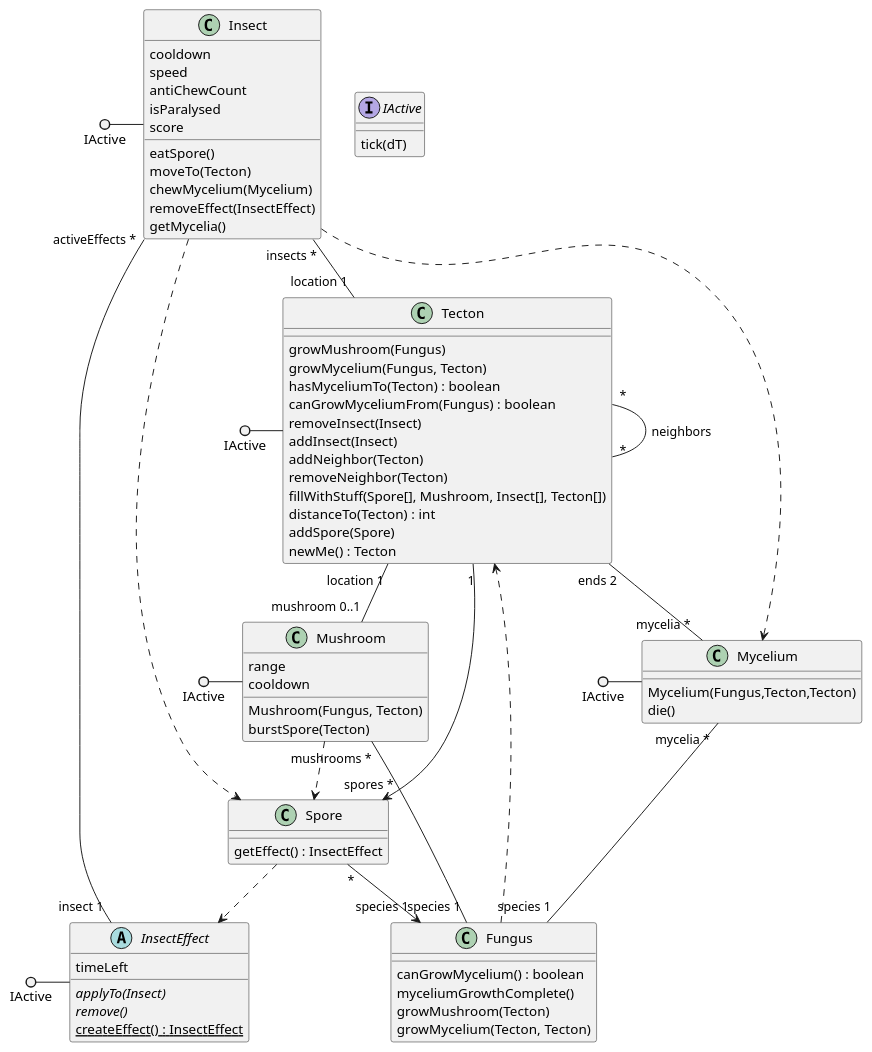
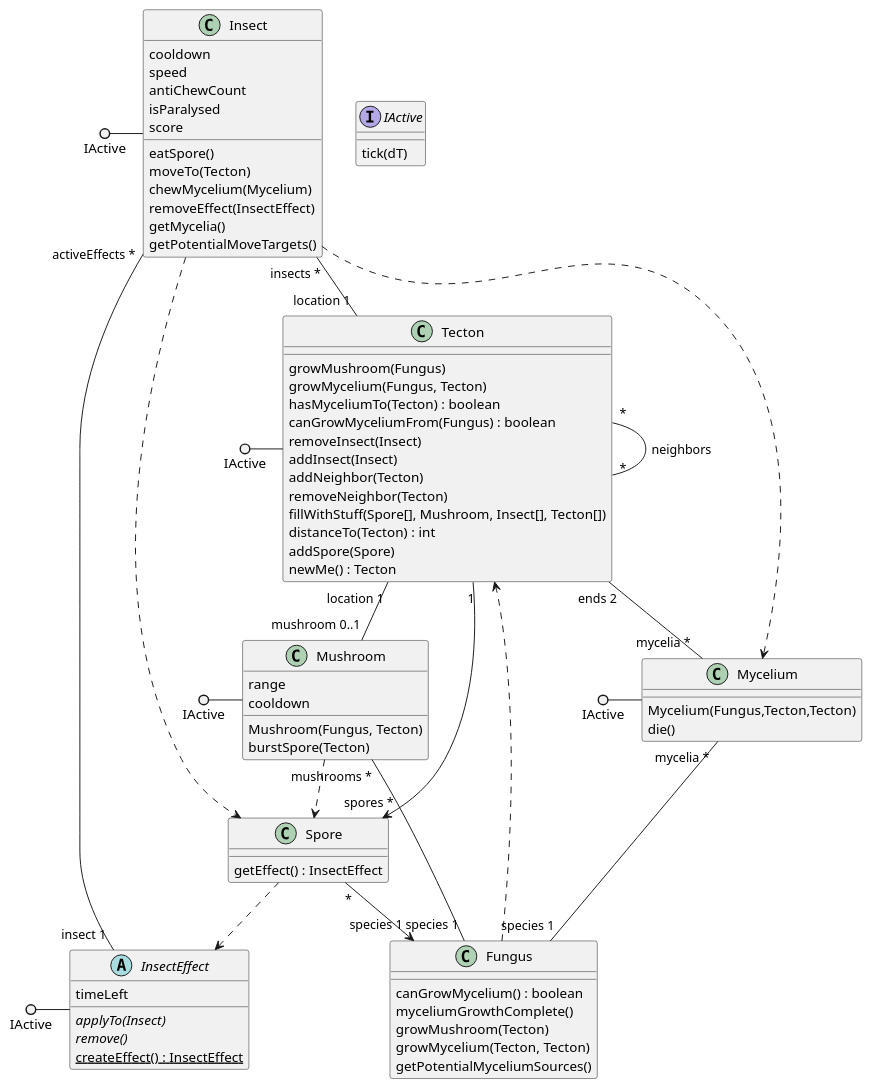
Before and after one commit to ZD4ve/projlab-error521: the diagram in classes.pu, drawn with PlantUML. The commit also changed 3 other files, not shown here.

Commit message:
additional paramater source seq diagrams

```diff
--- a/classes.pu
+++ b/classes.pu
@@ -1,80 +1,82 @@
 @startuml classes
 interface IActive {
     tick(dT)
 }
 class Tecton {
     growMushroom(Fungus)
     growMycelium(Fungus, Tecton)
     hasMyceliumTo(Tecton) : boolean
     canGrowMyceliumFrom(Fungus) : boolean
     removeInsect(Insect)
     addInsect(Insect)
     addNeighbor(Tecton)
     removeNeighbor(Tecton)
     fillWithStuff(Spore[], Mushroom, Insect[], Tecton[])
     distanceTo(Tecton) : int
     addSpore(Spore)
     newMe() : Tecton
 }
 class Fungus {
     canGrowMycelium() : boolean
     myceliumGrowthComplete()
     growMushroom(Tecton)
     growMycelium(Tecton, Tecton)
+    getPotentialMyceliumSources()
 }
 class Mycelium {
     Mycelium(Fungus,Tecton,Tecton)
     die()
 }
 class Mushroom {
     range
     cooldown
     Mushroom(Fungus, Tecton)
     burstSpore(Tecton)
 }
 class Spore {
     getEffect() : InsectEffect
 }
 class Insect {
     cooldown
     speed
     antiChewCount
     isParalysed
     score
     eatSpore()
     moveTo(Tecton)
     chewMycelium(Mycelium)
     removeEffect(InsectEffect)
     getMycelia()
+    getPotentialMoveTargets()
 }
 abstract InsectEffect {
     timeLeft
     {abstract} applyTo(Insect)
     {abstract} remove()
     {static} createEffect() : InsectEffect
 }
 
 IActive ()- Tecton
 IActive ()- Mushroom
 IActive ()- Mycelium
 IActive ()- Insect
 IActive ()- InsectEffect
 
 Tecton "*" -- "*" Tecton : neighbors
 Tecton "ends 2" -- "mycelia *" Mycelium
 Tecton "1" --> "spores *" Spore
 Tecton "location 1" -- "mushroom 0..1" Mushroom
 
 Mycelium "mycelia *" -- "species 1" Fungus
 Insect "activeEffects *" -- "insect 1" InsectEffect
 Insect "insects *" -- "location 1" Tecton
 Fungus "species 1" -- "mushrooms *" Mushroom
 Spore "*" --> "species 1" Fungus
 
 Fungus ..> Tecton
 Spore ..> InsectEffect
 Insect ..> Mycelium
 Insect ..> Spore
 Mushroom ..> Spore
 
 @enduml
```
